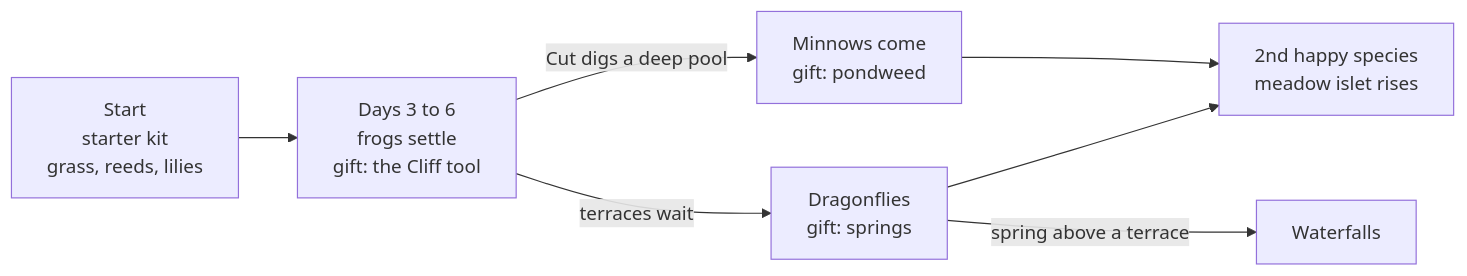
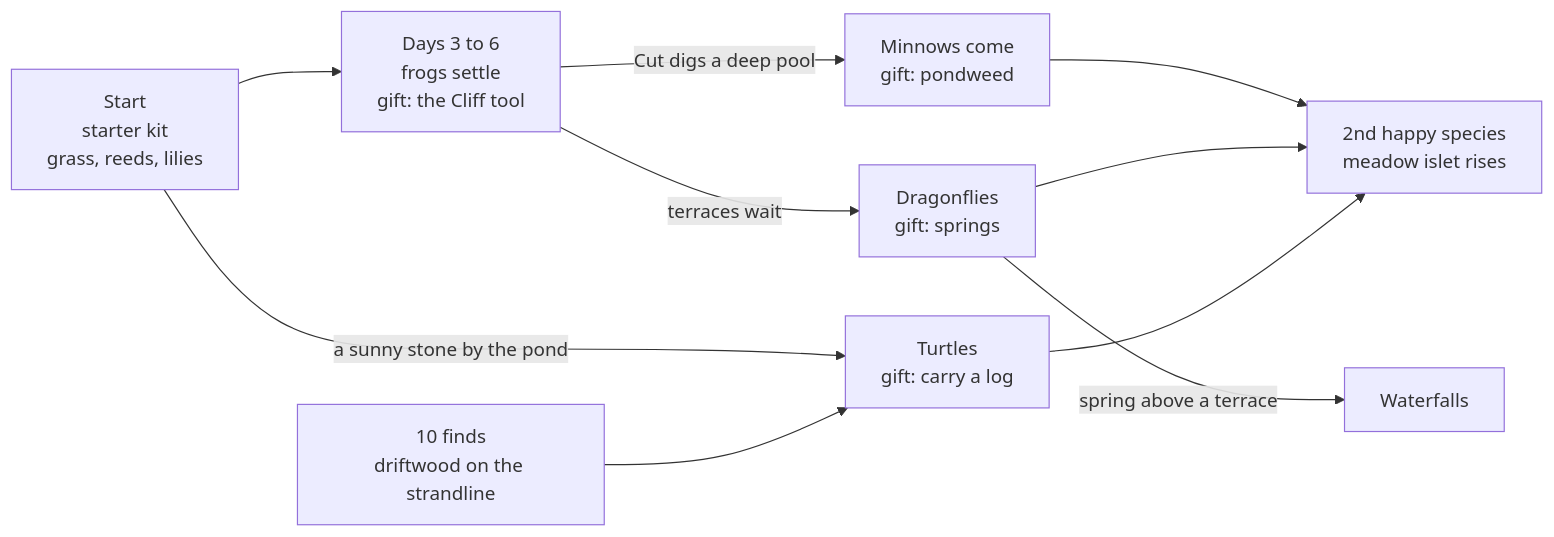
Before and after one commit to mshomper/ebb: the first of 3 diagrams in docs/13-progression-and-expansion.md, drawn with Mermaid. The commit also changed other lines of this file and 8 other files, not shown here.

First line of the commit message:
Turtles join the pond tier; the meadow islet in play

````diff
--- a/docs/13-progression-and-expansion.md
+++ b/docs/13-progression-and-expansion.md
@@ -31,9 +31,12 @@
 ```mermaid
 flowchart LR
   S[Start<br/>starter kit<br/>grass, reeds, lilies] --> F[Days 3 to 6<br/>frogs settle<br/>gift: the Cliff tool]
   F -->|Cut digs a deep pool| M[Minnows come<br/>gift: pondweed]
   F -->|terraces wait| D[Dragonflies<br/>gift: springs]
   D -->|spring above a terrace| W[Waterfalls]
+  S -->|a sunny stone by the pond| T[Turtles<br/>gift: carry a log]
+  N[10 finds<br/>driftwood on the strandline] --> T
   M --> L[2nd happy species<br/>meadow islet rises]
   D --> L
+  T --> L
 ```
````
